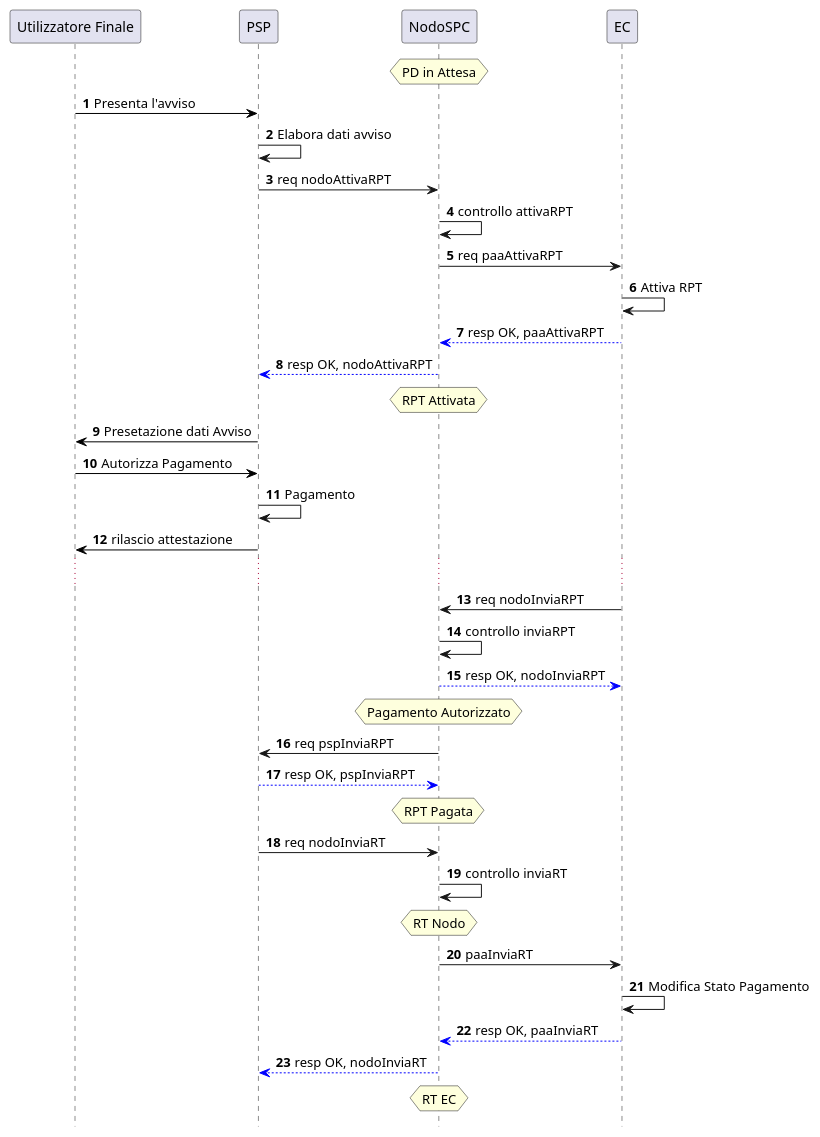
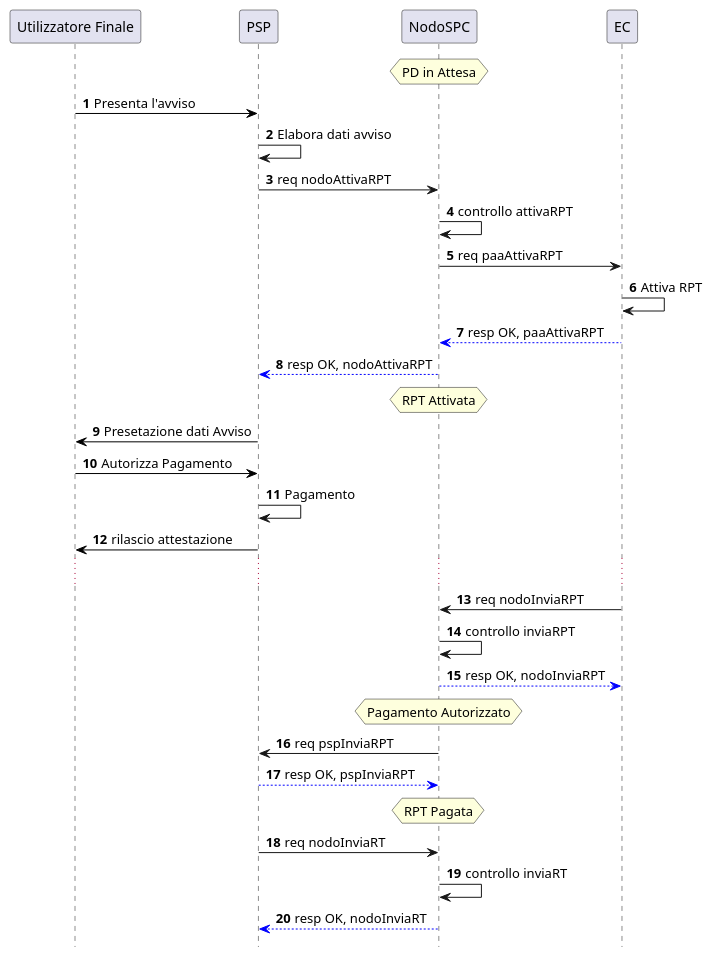
Before and after one commit to pagopa-archive/pagopa-specifichepagamenti-docs: the diagram in puml-diagrams/sdd_pagamento_presso_psp.puml, drawn with PlantUML. The commit also changed 1 other file, not shown here.

```diff
--- a/puml-diagrams/sdd_pagamento_presso_psp.puml
+++ b/puml-diagrams/sdd_pagamento_presso_psp.puml
@@ -1,57 +1,50 @@
 @startuml
 hide footbox
 autonumber
 participant Cittadino as "Utilizzatore Finale"
 participant PSP
 participant NodoSPC
 participant EC
 
 hnote over NodoSPC : PD in Attesa
 
 Cittadino [#000000]-> PSP: Presenta l'avviso
 
 PSP -> PSP: Elabora dati avviso 
 
 
 PSP -> NodoSPC: req nodoAttivaRPT
 NodoSPC -> NodoSPC : controllo attivaRPT
 
 NodoSPC -> EC : req paaAttivaRPT
 EC -> EC : Attiva RPT
 EC -[#0000FF]-> NodoSPC : resp OK, paaAttivaRPT
 
 NodoSPC -[#0000FF]-> PSP : resp OK, nodoAttivaRPT
 
 hnote over NodoSPC : RPT Attivata
 PSP [#black]-> Cittadino : Presetazione dati Avviso
 Cittadino [#black]-> PSP : Autorizza Pagamento
 PSP -> PSP : Pagamento
 PSP [#black]-> Cittadino: rilascio attestazione
 ...
 
 EC -> NodoSPC : req nodoInviaRPT
 NodoSPC -> NodoSPC : controllo inviaRPT
 
 NodoSPC -[#0000FF]-> EC : resp OK, nodoInviaRPT
 hnote over NodoSPC : Pagamento Autorizzato
 
 
 NodoSPC -> PSP : req pspInviaRPT
 PSP -[#0000FF]-> NodoSPC : resp OK, pspInviaRPT
 
 
 hnote over NodoSPC : RPT Pagata
 
 PSP -> NodoSPC : req nodoInviaRT
 NodoSPC -> NodoSPC : controllo inviaRT
-
-hnote over NodoSPC : RT Nodo
-NodoSPC -> EC : paaInviaRT
-EC -> EC : Modifica Stato Pagamento
-
-EC -[#0000FF]-> NodoSPC : resp OK, paaInviaRT
 NodoSPC -[#0000FF]-> PSP : resp OK, nodoInviaRT
 
-hnote over NodoSPC : RT EC
 
 @enduml
```
